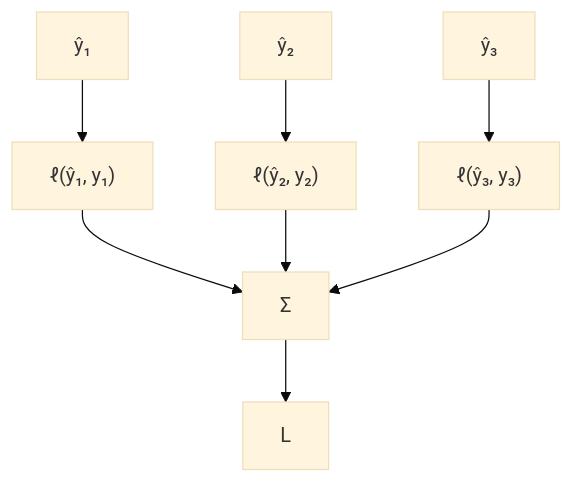
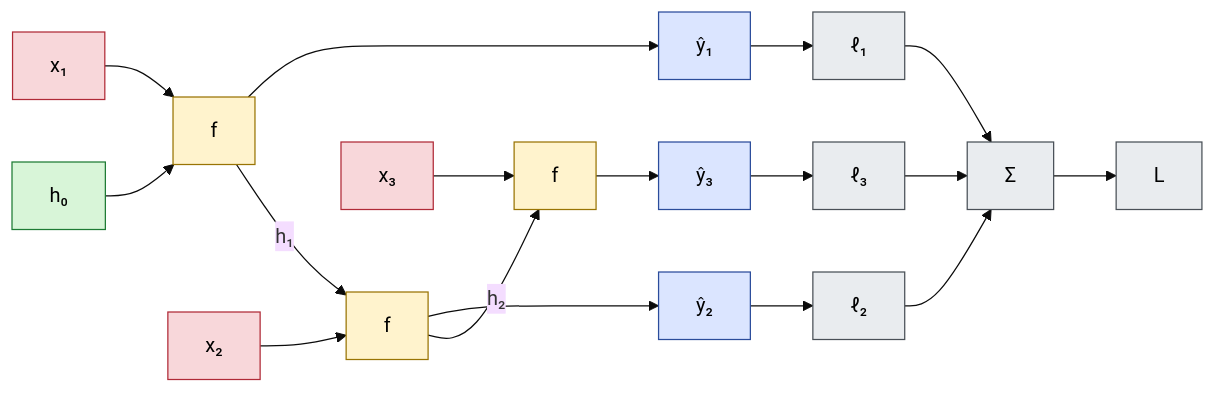
The second of 2 diagrams in Machine Learning/Rétropropagation dans le temps.md (HydraaaNF/Obsidian-sciences-notes), drawn with Mermaid (base theme) before and after one commit. The commit also changed other lines of this file and 7 other files, not shown here.

````diff
--- a/Machine Learning/Rétropropagation dans le temps.md
+++ b/Machine Learning/Rétropropagation dans le temps.md
@@ -51,10 +71,29 @@
 ```mermaid
-flowchart TD
-    y1["ŷ₁"] --> l1["ℓ(ŷ₁, y₁)"]
-    y2["ŷ₂"] --> l2["ℓ(ŷ₂, y₂)"]
-    y3["ŷ₃"] --> l3["ℓ(ŷ₃, y₃)"]
+flowchart LR
+    x1["x₁"] --> f1["f"]
+    h0["h₀"] --> f1
+    f1 --> y1["ŷ₁"]
+    x2["x₂"] --> f2["f"]
+    f1 -->|"h₁"| f2
+    f2 --> y2["ŷ₂"]
+    x3["x₃"] --> f3["f"]
+    f2 -->|"h₂"| f3
+    f3 --> y3["ŷ₃"]
+    y1 --> l1["ℓ₁"]
+    y2 --> l2["ℓ₂"]
+    y3 --> l3["ℓ₃"]
     l1 --> s["Σ"]
     l2 --> s
     l3 --> s
-    s --> l["L"]
+    s --> L["L"]
+    classDef entree fill:#f8d7da,stroke:#b02a37,color:#000
+    classDef memoire fill:#d8f5d8,stroke:#1e7b34,color:#000
+    classDef sortie fill:#dbe5ff,stroke:#2b4c9b,color:#000
+    classDef perte fill:#e9ecef,stroke:#495057,color:#000
+    classDef calcul fill:#fff3cd,stroke:#997404,color:#000
+    class x1,x2,x3 entree
+    class h0 memoire
+    class f1,f2,f3 calcul
+    class y1,y2,y3 sortie
+    class l1,l2,l3,s,L perte
 ```
````
